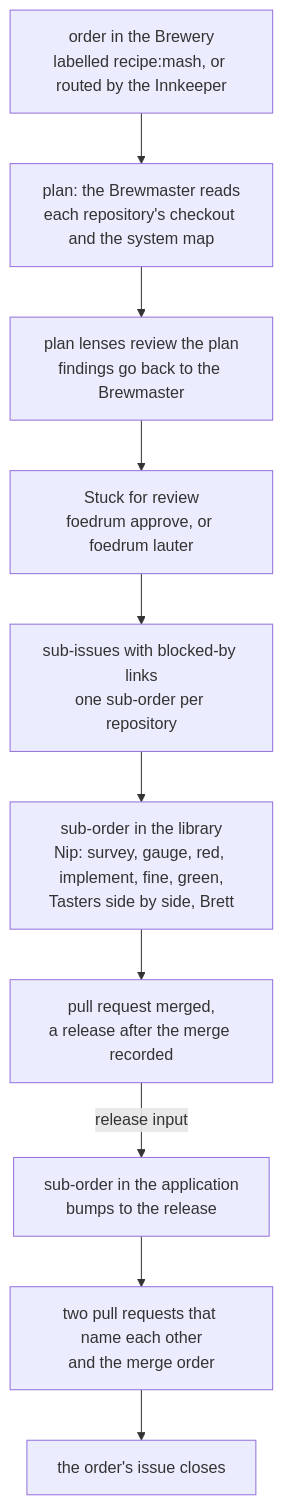
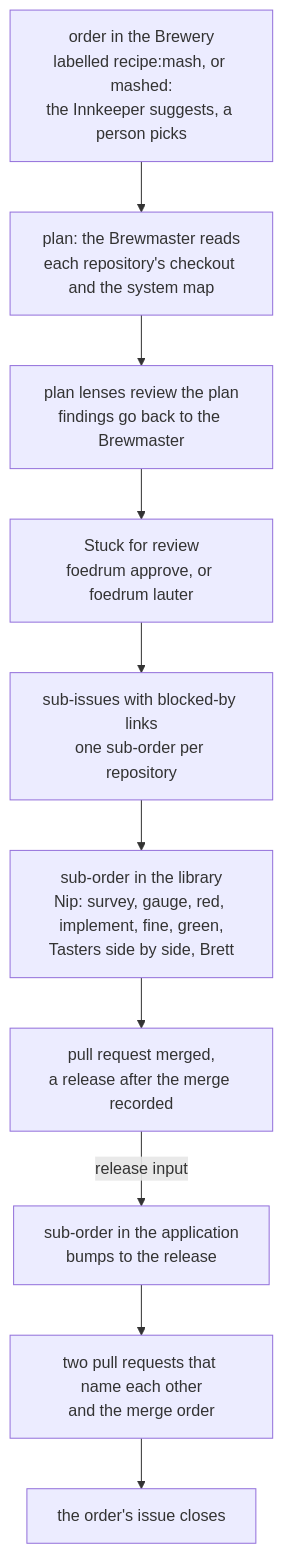
One commit to EdwinBekaert/foedrum changed the diagram in docs/milestones/m2.md. Above: the diagram before and after it, drawn with Mermaid. The commit also changed other lines of this file and 1 other file, not shown here.

````diff
--- a/docs/milestones/m2.md
+++ b/docs/milestones/m2.md
@@ -14,12 +14,12 @@
 ```mermaid
 flowchart TD
-  O["order in the Brewery<br/>labelled recipe:mash, or routed by the Innkeeper"] --> P["plan: the Brewmaster reads<br/>each repository's checkout and the system map"]
+  O["order in the Brewery<br/>labelled recipe:mash, or mashed:<br/>the Innkeeper suggests, a person picks"] --> P["plan: the Brewmaster reads<br/>each repository's checkout and the system map"]
   P --> L["plan lenses review the plan<br/>findings go back to the Brewmaster"]
   L --> A["Stuck for review<br/>foedrum approve, or foedrum lauter"]
   A --> S["sub-issues with blocked-by links<br/>one sub-order per repository"]
   S --> B1["sub-order in the library<br/>Nip: survey, gauge, red, implement, fine, green,<br/>Tasters side by side, Brett"]
   B1 --> M1["pull request merged,<br/>a release after the merge recorded"]
   M1 -->|"release input"| B2["sub-order in the application<br/>bumps to the release"]
   B2 --> M2["two pull requests that name each other<br/>and the merge order"]
   M2 --> C["the order's issue closes"]
 ```
````
